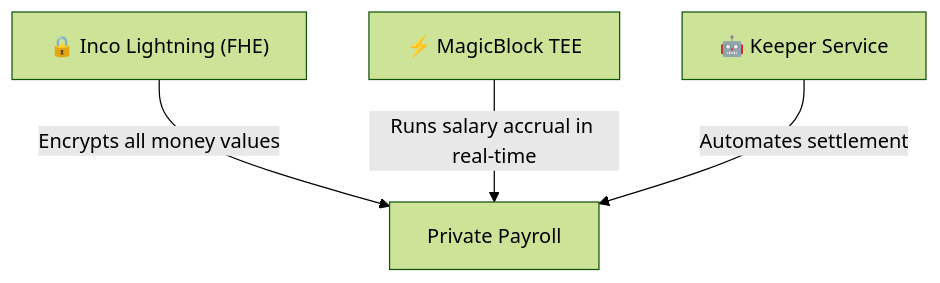
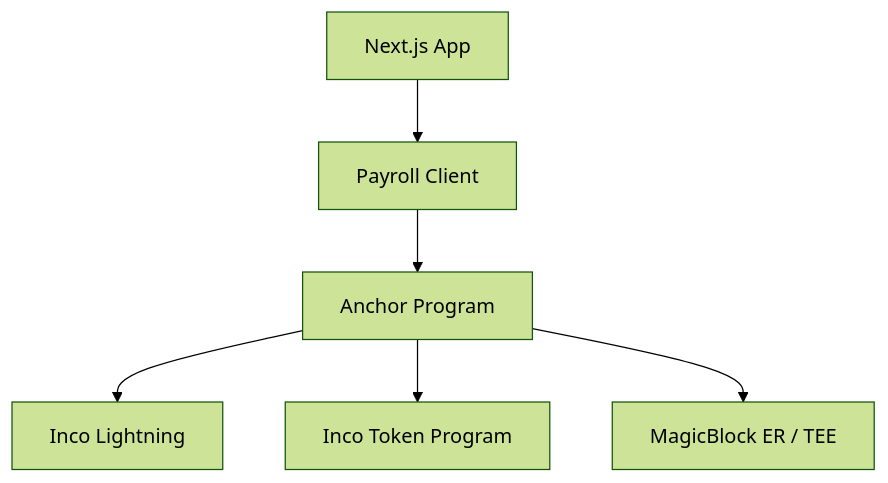
One commit to shumhn/Expensee changed the first of 5 diagrams in docs/HOW_IT_WORKS.md. Above: the diagram before and after it, drawn with Mermaid (forest theme). The commit also changed other lines of this file and 10 other files, not shown here.

````diff
--- a/docs/HOW_IT_WORKS.md
+++ b/docs/HOW_IT_WORKS.md
@@ -15,6 +7,8 @@
 ```mermaid
 graph TD
-    A["🔒 Inco Lightning (FHE)"] -->|"Encrypts all money values"| D["Private Payroll"]
-    B["⚡ MagicBlock TEE"] -->|"Runs salary accrual in real-time"| D
-    C["🤖 Keeper Service"] -->|"Automates settlement"| D
+    A["Next.js App"] --> B["Payroll Client"]
+    B --> C["Anchor Program"]
+    C --> D["Inco Lightning"]
+    C --> E["Inco Token Program"]
+    C --> F["MagicBlock ER / TEE"]
 ```
````
